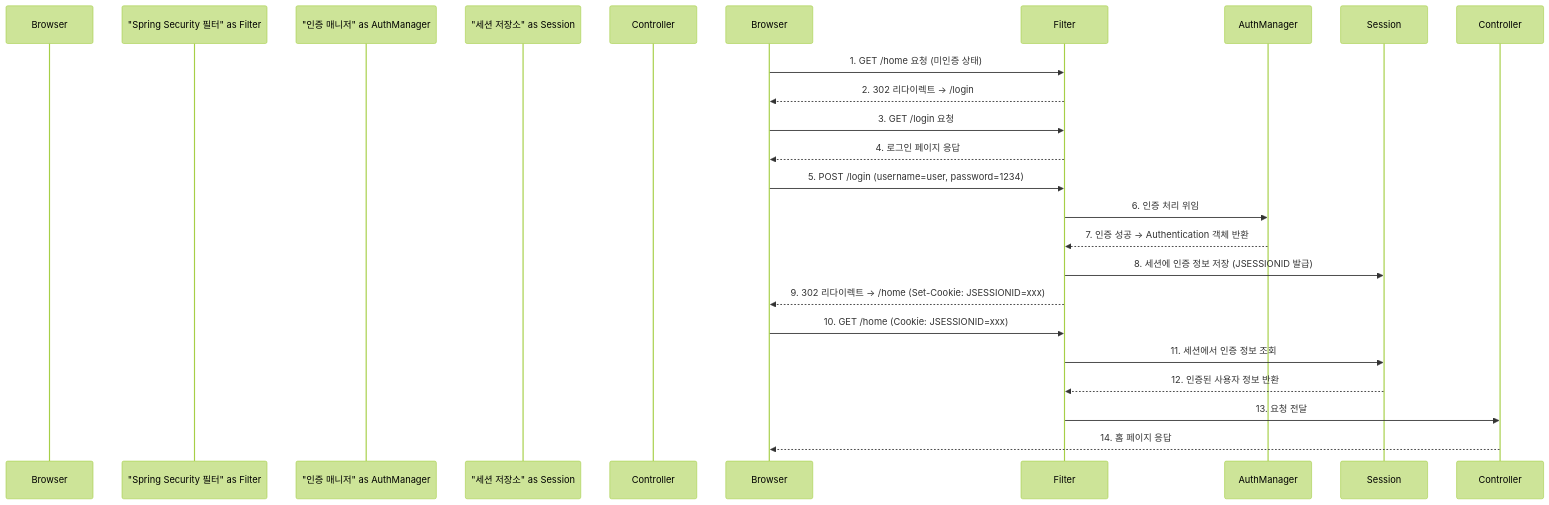
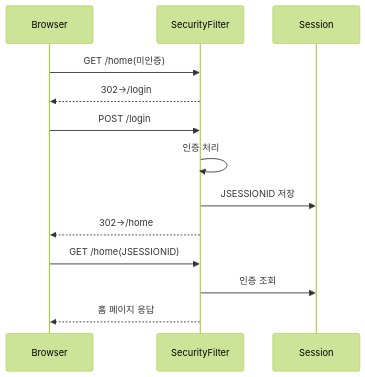
Before and after one commit to yjkim2015/yjkim2015.github.io: the first of 2 diagrams in _posts/security/2021-01-14-Form 인증 방식.md, drawn with Mermaid (forest theme). The commit also changed other lines of this file and 215 other files, not shown here.

First line of the commit message:
신규 포스트 10개 추가 + Mermaid 전면 축소 + SystemDesign 시리즈 보강

````diff
--- a/_posts/security/2021-01-14-Form 인증 방식.md
+++ b/_posts/security/2021-01-14-Form 인증 방식.md
@@ -20,23 +20,15 @@
 ```mermaid
 sequenceDiagram
-    participant "브라우저" as Browser
-    participant "Spring Security 필터" as Filter
-    participant "인증 매니저" as AuthManager
-    participant "세션 저장소" as Session
-    participant "컨트롤러" as Controller
-
-    Browser->>Filter: 1. GET /home 요청 (미인증 상태)
-    Filter-->>Browser: 2. 302 리다이렉트 → /login
-    Browser->>Filter: 3. GET /login 요청
-    Filter-->>Browser: 4. 로그인 페이지 응답
-    Browser->>Filter: 5. POST /login (username=user, password=1234)
-    Filter->>AuthManager: 6. 인증 처리 위임
-    AuthManager-->>Filter: 7. 인증 성공 → Authentication 객체 반환
-    Filter->>Session: 8. 세션에 인증 정보 저장 (JSESSIONID 발급)
-    Filter-->>Browser: 9. 302 리다이렉트 → /home (Set-Cookie: JSESSIONID=xxx)
-    Browser->>Filter: 10. GET /home (Cookie: JSESSIONID=xxx)
-    Filter->>Session: 11. 세션에서 인증 정보 조회
-    Session-->>Filter: 12. 인증된 사용자 정보 반환
-    Filter->>Controller: 13. 요청 전달
-    Controller-->>Browser: 14. 홈 페이지 응답
+    participant B as Browser
+    participant F as SecurityFilter
+    participant S as Session
+    B->>F: GET /home(미인증)
+    F-->>B: 302→/login
+    B->>F: POST /login
+    F->>F: 인증 처리
+    F->>S: JSESSIONID 저장
+    F-->>B: 302→/home
+    B->>F: GET /home(JSESSIONID)
+    F->>S: 인증 조회
+    F-->>B: 홈 페이지 응답
 ```
````
